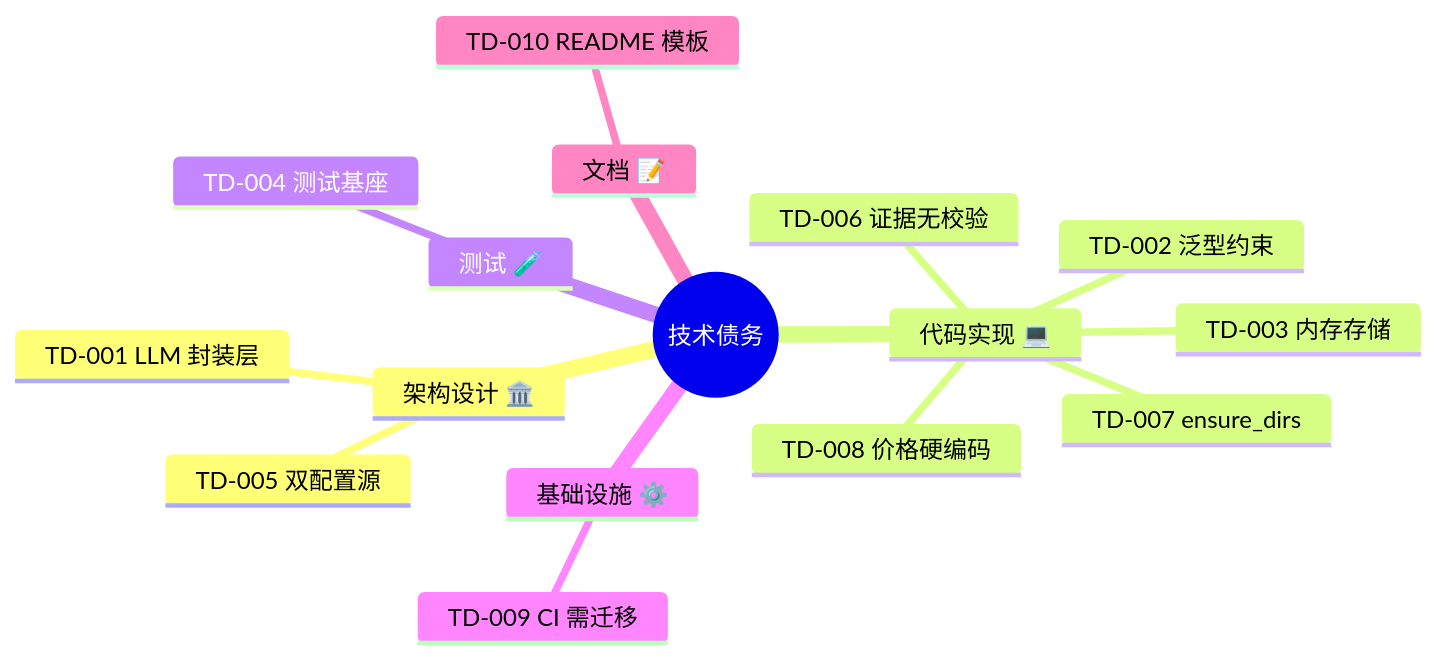
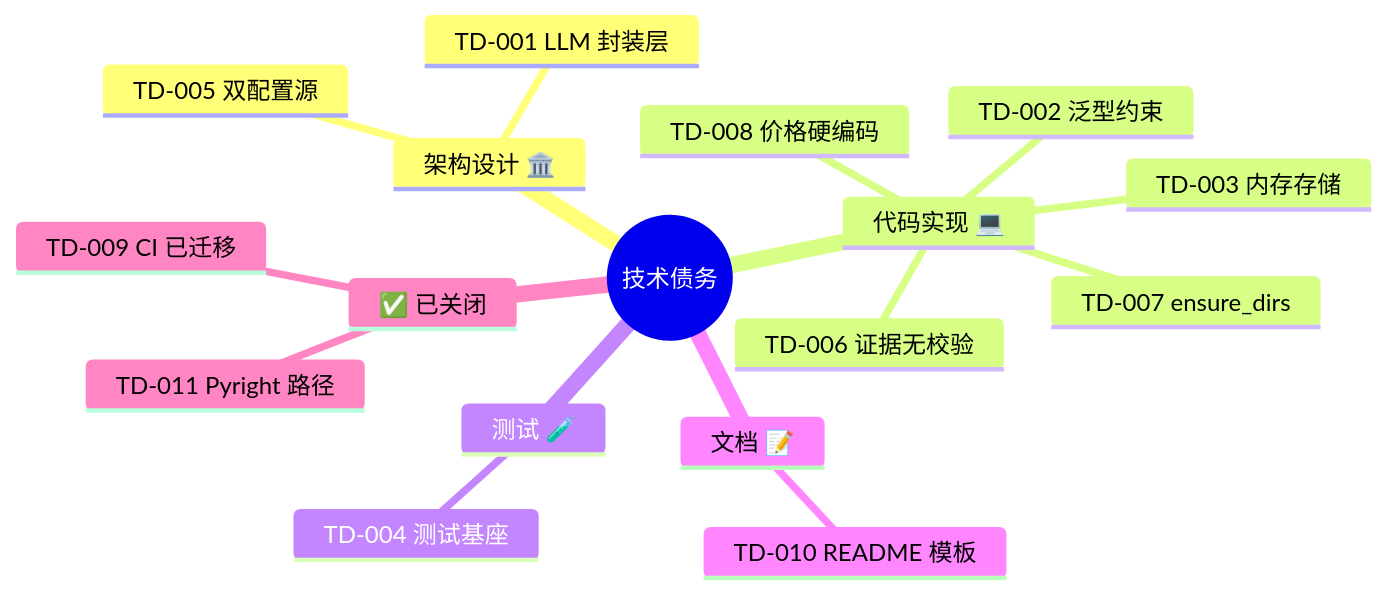
Before and after one commit to NoahLightryyy/litchi-head: the second of 3 diagrams in docs/技术债务与架构决策/技术债务日志.md, drawn with Mermaid. The commit also changed other lines of this file and 5 other files, not shown here.

````diff
--- a/docs/技术债务与架构决策/技术债务日志.md
+++ b/docs/技术债务与架构决策/技术债务日志.md
@@ -597,19 +612,20 @@
 ```mermaid
 mindmap
   root((技术债务))
     架构设计 🏛️
       TD-001 LLM 封装层
       TD-005 双配置源
     代码实现 💻
       TD-002 泛型约束
       TD-003 内存存储
       TD-006 证据无校验
       TD-007 ensure_dirs
       TD-008 价格硬编码
     测试 🧪
       TD-004 测试基座
-    基础设施 ⚙️
-      TD-009 CI 需迁移
     文档 📝
       TD-010 README 模板
+    ✅ 已关闭
+      TD-009 CI 已迁移
+      TD-011 Pyright 路径
 ```
````
